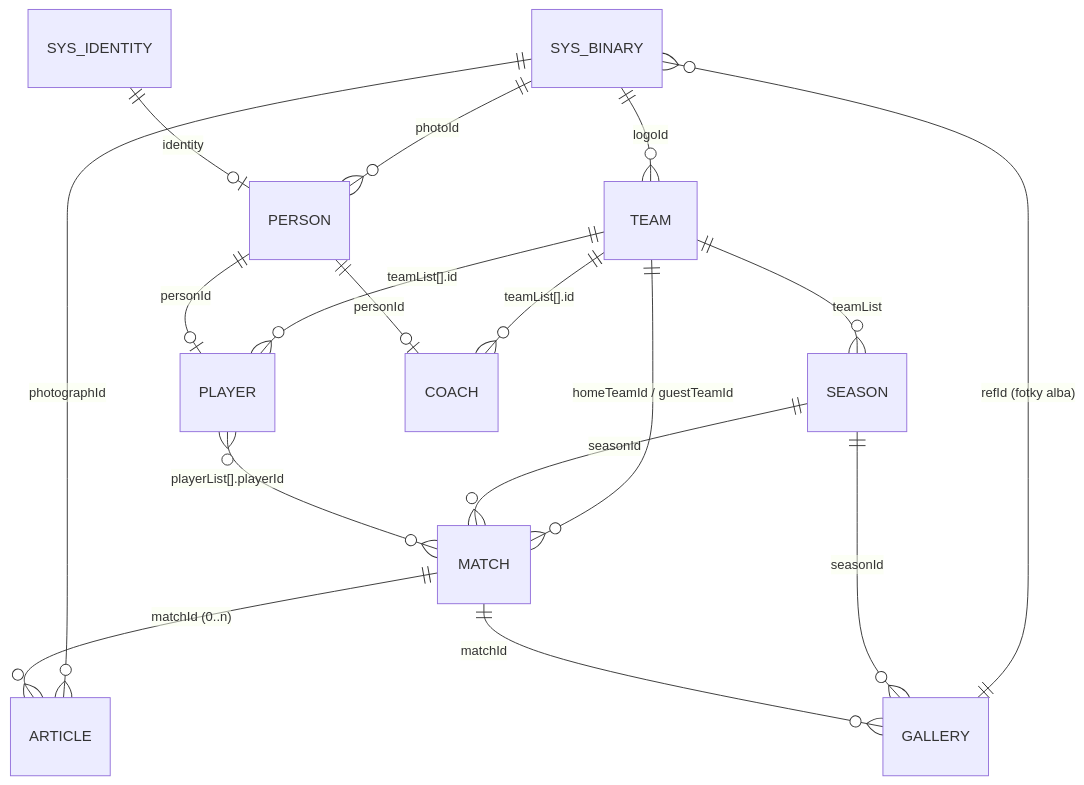
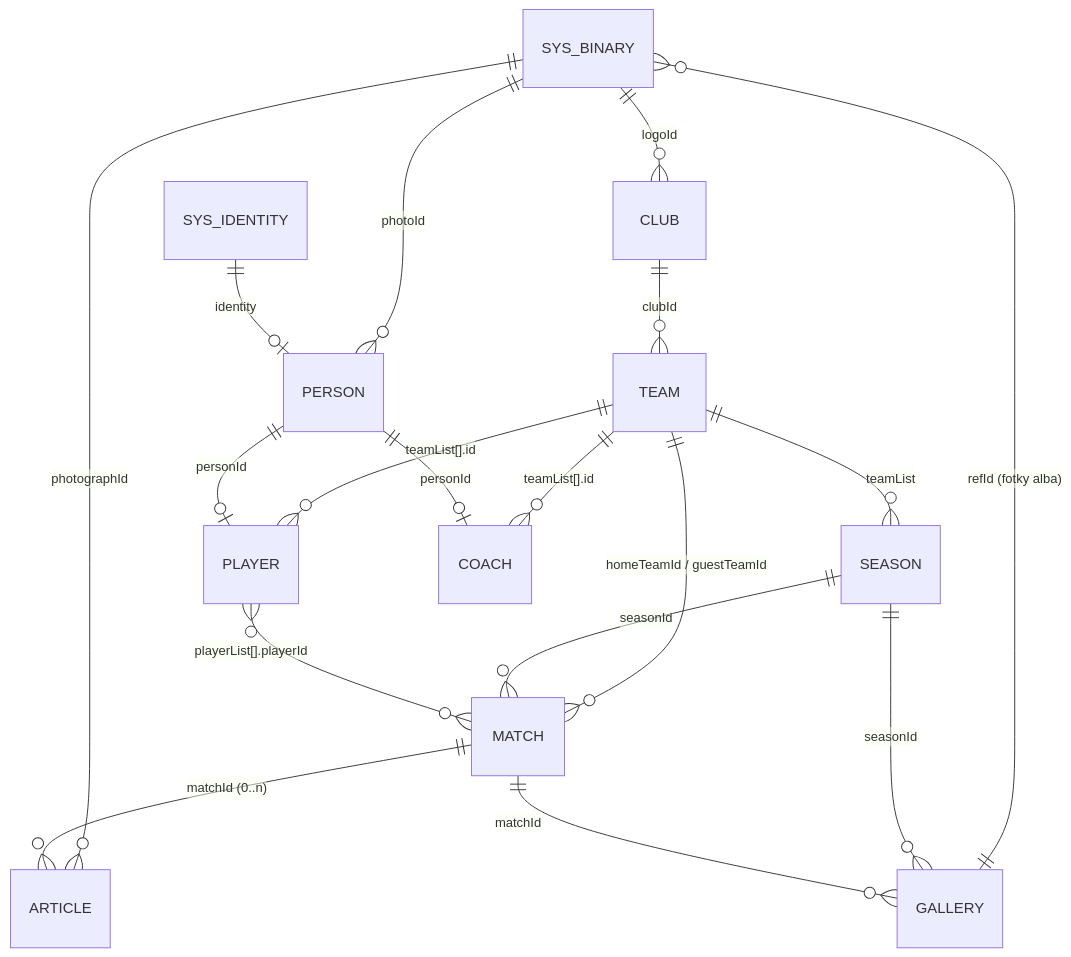
Before and after one commit to capo00/afkbratcice: the first of 3 diagrams in design/data-model.md, drawn with Mermaid. The commit also changed other lines of this file and 30 other files, not shown here.

````diff
--- a/design/data-model.md
+++ b/design/data-model.md
@@ -24,19 +29,20 @@
 ```mermaid
 erDiagram
-    SYS_BINARY   ||--o{ TEAM        : "logoId"
+    SYS_BINARY   ||--o{ CLUB        : "logoId"
+    CLUB         ||--o{ TEAM        : "clubId"
     SYS_BINARY   ||--o{ PERSON      : "photoId"
     SYS_BINARY   ||--o{ ARTICLE     : "photographId"
     SYS_BINARY   }o--|| GALLERY     : "refId (fotky alba)"
     TEAM         ||--o{ SEASON      : "teamList"
     TEAM         ||--o{ MATCH       : "homeTeamId / guestTeamId"
     TEAM         ||--o{ PLAYER      : "teamList[].id"
     TEAM         ||--o{ COACH       : "teamList[].id"
     SEASON       ||--o{ MATCH       : "seasonId"
     SEASON       ||--o{ GALLERY     : "seasonId"
     MATCH        ||--o{ ARTICLE     : "matchId (0..n)"
     MATCH        ||--o{ GALLERY     : "matchId"
     PLAYER       }o--o{ MATCH       : "playerList[].playerId"
     PERSON       ||--o| PLAYER      : "personId"
     PERSON       ||--o| COACH       : "personId"
     SYS_IDENTITY ||--o| PERSON      : "identity"
 ```
````
